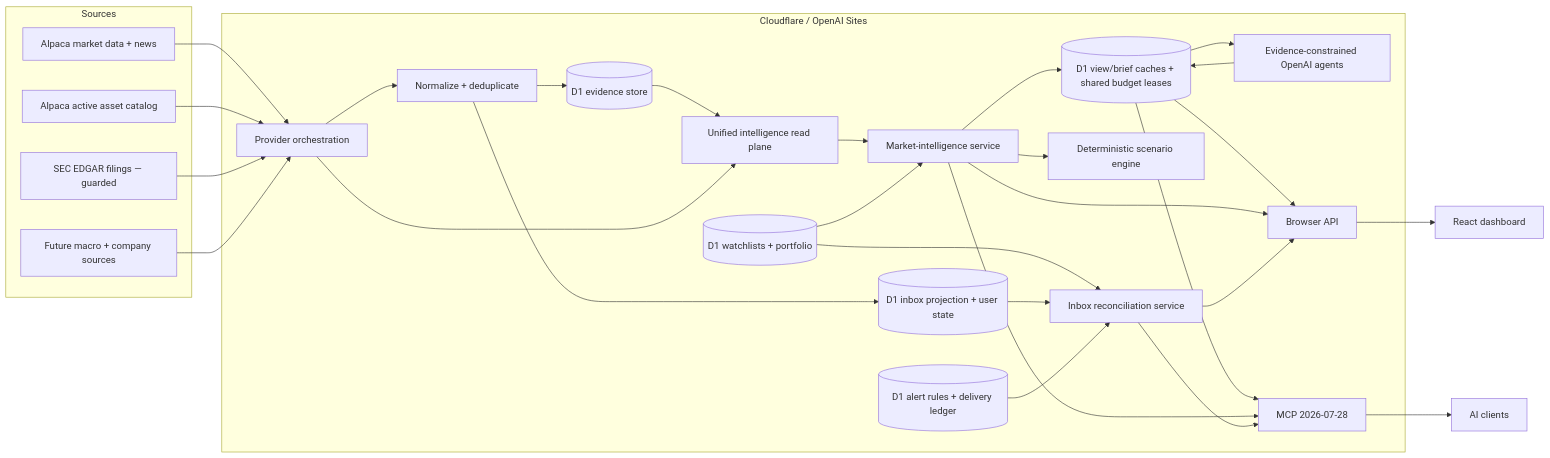
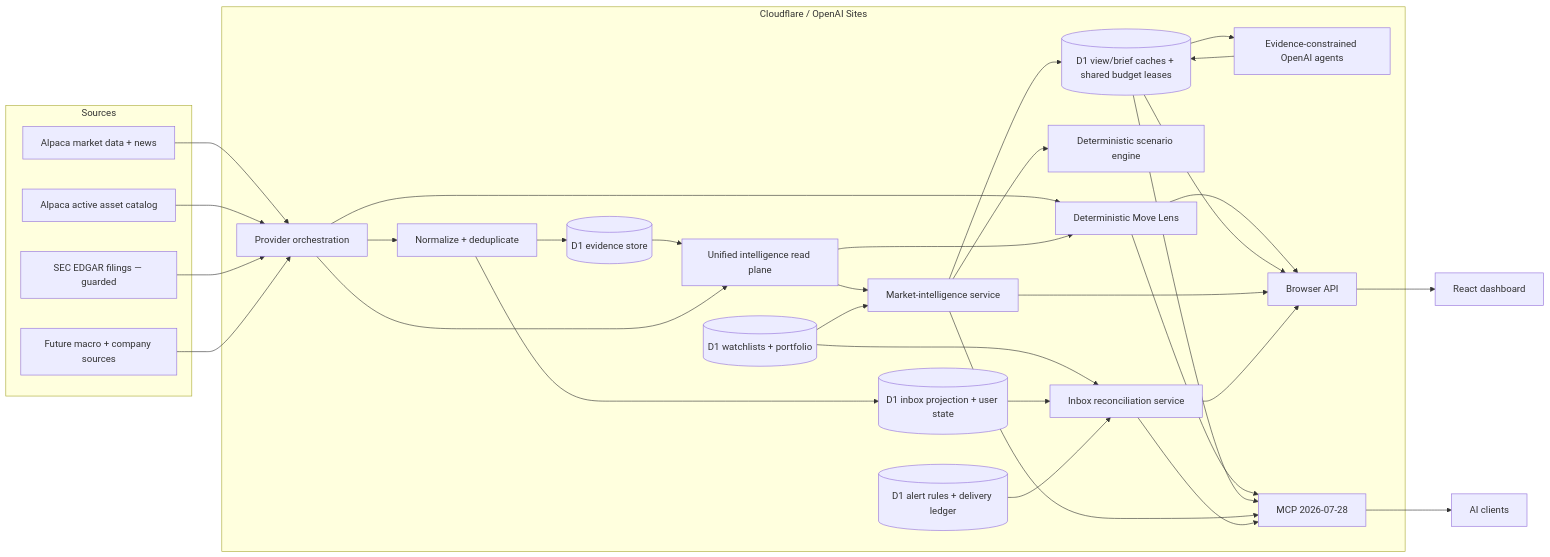
One commit to jonxsong/Omnigaze changed the diagram in docs/architecture.md. Above: the diagram before and after it, drawn with Mermaid. The commit also changed other lines of this file and 23 other files, not shown here.

Commit message:
feat: add Move Lens and architecture overview

````diff
--- a/docs/architecture.md
+++ b/docs/architecture.md
@@ -5,53 +5,58 @@
 ```mermaid
 flowchart LR
   subgraph Sources
     Alpaca[Alpaca market data + news]
     Assets[Alpaca active asset catalog]
     SEC[SEC EDGAR filings — guarded]
     Future[Future macro + company sources]
   end
 
   subgraph Edge[Cloudflare / OpenAI Sites]
     Ingest[Provider orchestration]
     Normalize[Normalize + deduplicate]
     D1[(D1 evidence store)]
     Portfolio[(D1 watchlists + portfolio)]
     Inbox[(D1 inbox projection + user state)]
     Alerts[(D1 alert rules + delivery ledger)]
     Domain[Market-intelligence service]
     ReadPlane[Unified intelligence read plane]
     InboxService[Inbox reconciliation service]
     Scenarios[Deterministic scenario engine]
+    MoveLens[Deterministic Move Lens]
     AIGuard[(D1 view/brief caches + shared budget leases)]
     Agent[Evidence-constrained OpenAI agents]
     API[Browser API]
     MCP[MCP 2026-07-28]
   end
 
   UI[React dashboard]
   Clients[AI clients]
 
   Alpaca --> Ingest
   Assets --> Ingest
   SEC --> Ingest
   Future --> Ingest
   Ingest --> Normalize --> D1
   Normalize --> Inbox
   Portfolio --> InboxService
   Inbox --> InboxService
   Alerts --> InboxService
   D1 --> ReadPlane
   Ingest --> ReadPlane
   ReadPlane --> Domain
   Portfolio --> Domain
   Domain --> Scenarios
+  Ingest --> MoveLens
+  ReadPlane --> MoveLens
+  MoveLens --> API
+  MoveLens --> MCP
   Domain --> AIGuard
   AIGuard --> Agent
   Agent --> AIGuard
   AIGuard --> API
   AIGuard --> MCP
   Domain --> API --> UI
   InboxService --> API
   Domain --> MCP --> Clients
   InboxService --> MCP
 ```
````
